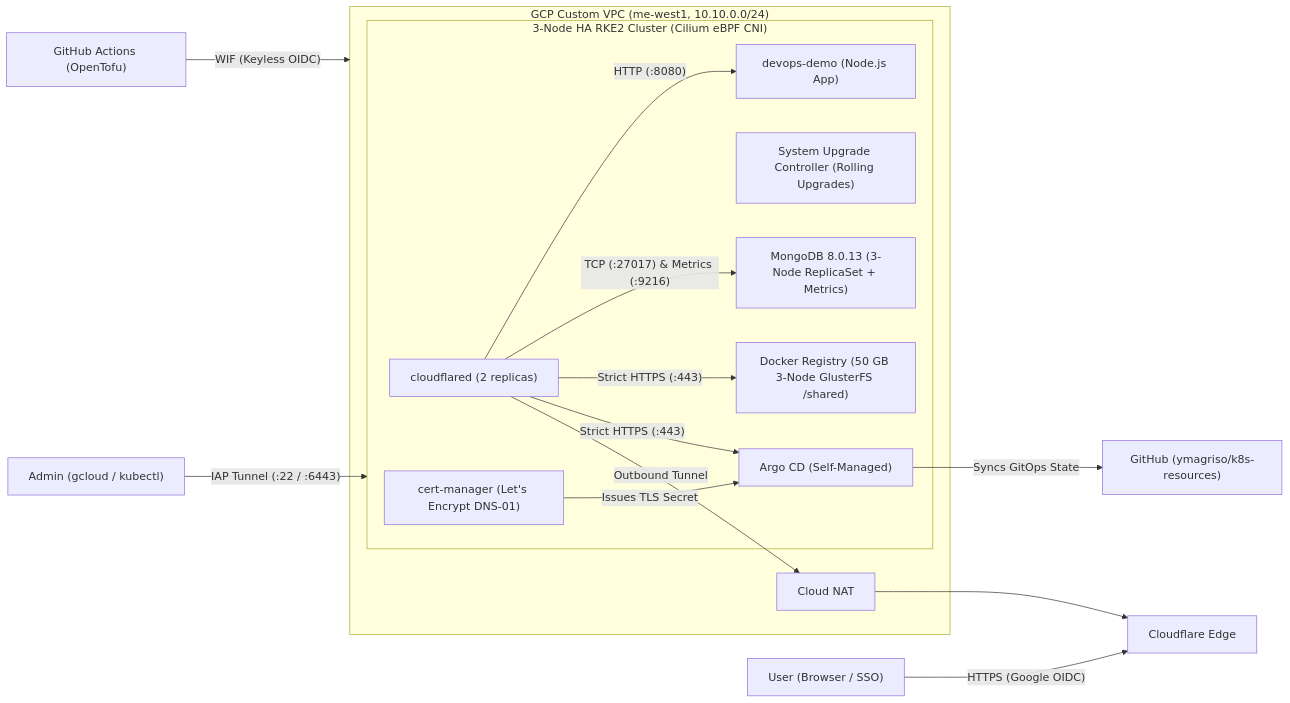
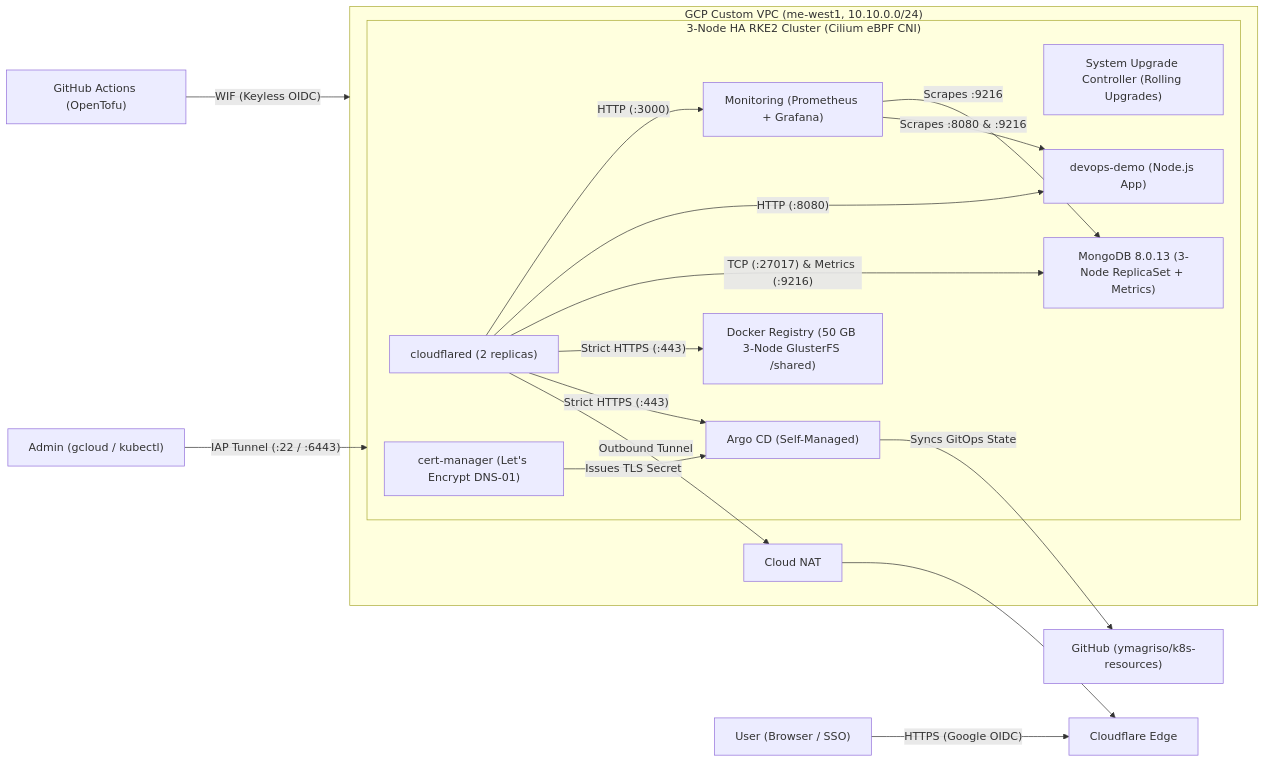
The diagram in README.md (ymagriso/k8s-resources), drawn with Mermaid before and after one commit. The commit also changed other lines of this file and 12 other files, not shown here.

Commit message:
feat(monitoring): deploy lightweight Prometheus and Grafana stack for devops-demo and MongoDB (#75)

````diff
--- a/README.md
+++ b/README.md
@@ -11,27 +11,31 @@
 ```mermaid
 flowchart LR
     Admin["Admin (gcloud / kubectl)"] -->|"IAP Tunnel (:22 / :6443)"| RKE2
     User["User (Browser / SSO)"] -->|"HTTPS (Google OIDC)"| CF["Cloudflare Edge"]
     CI["GitHub Actions (OpenTofu)"] -->|"WIF (Keyless OIDC)"| GCP
     subgraph GCP["GCP Custom VPC (me-west1, 10.10.0.0/24)"]
         NAT["Cloud NAT"]
         subgraph RKE2["3-Node HA RKE2 Cluster (Cilium eBPF CNI)"]
             CFD["cloudflared (2 replicas)"]
             Argo["Argo CD (Self-Managed)"]
             CM["cert-manager (Let's Encrypt DNS-01)"]
             SUC["System Upgrade Controller (Rolling Upgrades)"]
             Mongo["MongoDB 8.0.13 (3-Node ReplicaSet + Metrics)"]
             Registry["Docker Registry (50 GB 3-Node GlusterFS /shared)"]
             Demo["devops-demo (Node.js App)"]
+            Mon["Monitoring (Prometheus + Grafana)"]
         end
     end
     GH["GitHub (ymagriso/k8s-resources)"]
 
     CFD -->|"Outbound Tunnel"| NAT --> CF
     CFD -->|"Strict HTTPS (:443)"| Argo
     CFD -->|"Strict HTTPS (:443)"| Registry
     CFD -->|"TCP (:27017) & Metrics (:9216)"| Mongo
     CFD -->|"HTTP (:8080)"| Demo
+    CFD -->|"HTTP (:3000)"| Mon
+    Mon -->|"Scrapes :8080 & :9216"| Demo
+    Mon -->|"Scrapes :9216"| Mongo
     CM -->|"Issues TLS Secret"| Argo
     Argo -->|"Syncs GitOps State"| GH
 ```
````
